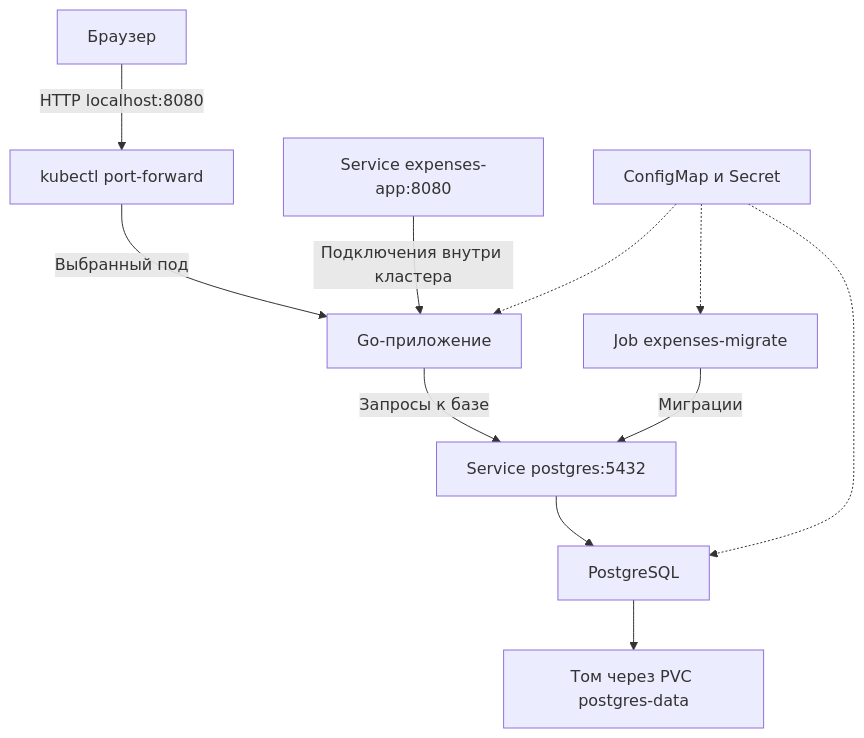
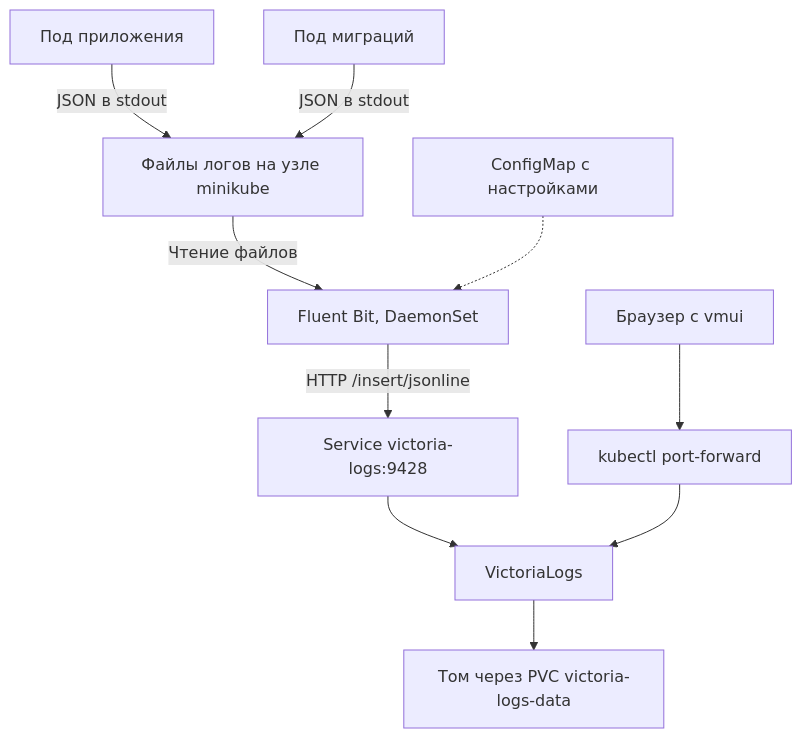
One commit to AlexeyDimitriev/AccountingForExpenses changed the diagram in Отчёт.md. Above: the diagram before and after it, drawn with Mermaid. The commit also changed other lines of this file and 21 other files, not shown here.

Commit message:
feat: collect application logs in VictoriaLogs and alert on errors

````diff
--- a/Отчёт.md
+++ b/Отчёт.md
@@ -23,13 +42,12 @@
 ```mermaid
 flowchart TD
-    browser["Браузер"] -->|"HTTP localhost:8080"| forward["kubectl port-forward"]
-    forward -->|"Выбранный под"| app["Go-приложение"]
-    appService["Service expenses-app:8080"] -->|"Подключения внутри кластера"| app
-    app -->|"Запросы к базе"| dbService["Service postgres:5432"]
-    job["Job expenses-migrate"] -->|"Миграции"| dbService
-    dbService --> db["PostgreSQL"]
-    db --> disk["Том через PVC postgres-data"]
-    config["ConfigMap и Secret"] -.-> app
-    config -.-> job
-    config -.-> db
+    app["Под приложения"] -->|"JSON в stdout"| files["Файлы логов на узле minikube"]
+    migrate["Под миграций"] -->|"JSON в stdout"| files
+    files -->|"Чтение файлов"| collector["Fluent Bit, DaemonSet"]
+    config["ConfigMap с настройками"] -.-> collector
+    collector -->|"HTTP /insert/jsonline"| service["Service victoria-logs:9428"]
+    service --> storage["VictoriaLogs"]
+    storage --> volume["Том через PVC victoria-logs-data"]
+    browser["Браузер с vmui"] --> forward["kubectl port-forward"]
+    forward --> storage
 ```
````
